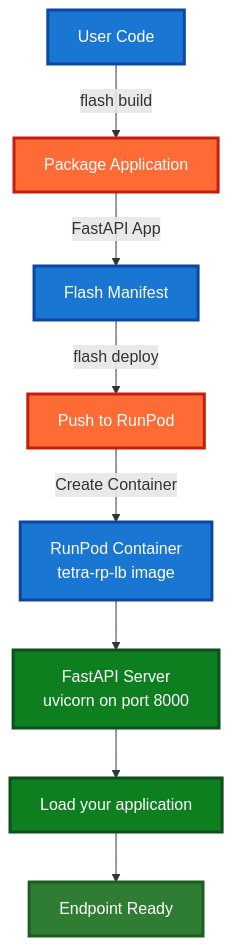
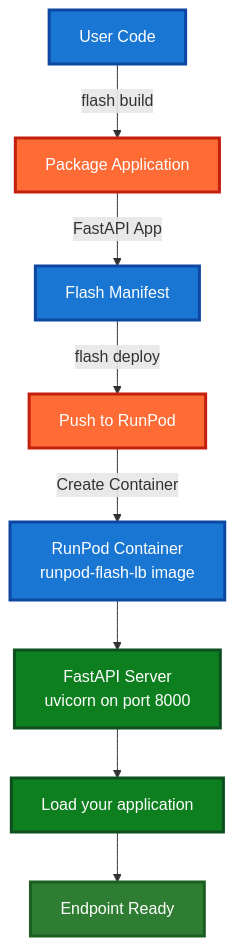
Before and after one commit to runpod/tetra-rp: the first of 6 diagrams in docs/LoadBalancer_Runtime_Architecture.md, drawn with Mermaid. The commit also changed other lines of this file and 238 other files, not shown here.

First line of the commit message:
refactor!: rename tetra to flash (#165)

````diff
--- a/docs/LoadBalancer_Runtime_Architecture.md
+++ b/docs/LoadBalancer_Runtime_Architecture.md
@@ -13,19 +13,19 @@
 ```mermaid
 graph TD
     A["User Code"] -->|flash build| B["Package Application"]
     B -->|FastAPI App| C["Flash Manifest"]
     C -->|flash deploy| D["Push to RunPod"]
-    D -->|Create Container| E["RunPod Container<br/>tetra-rp-lb image"]
+    D -->|Create Container| E["RunPod Container<br/>runpod-flash-lb image"]
     E --> F["FastAPI Server<br/>uvicorn on port 8000"]
     F --> G["Load your application"]
     G --> H["Endpoint Ready"]
 
     style A fill:#1976d2,stroke:#0d47a1,stroke-width:3px,color:#fff
     style B fill:#ff6b35,stroke:#c41e0f,stroke-width:3px,color:#fff
     style C fill:#1976d2,stroke:#0d47a1,stroke-width:3px,color:#fff
     style D fill:#ff6b35,stroke:#c41e0f,stroke-width:3px,color:#fff
     style E fill:#1976d2,stroke:#0d47a1,stroke-width:3px,color:#fff
     style F fill:#0d7f1f,stroke:#0d4f1f,stroke-width:3px,color:#fff
     style G fill:#0d7f1f,stroke:#0d4f1f,stroke-width:3px,color:#fff
     style H fill:#2e7d32,stroke:#1b5e20,stroke-width:3px,color:#fff
 ```
````
